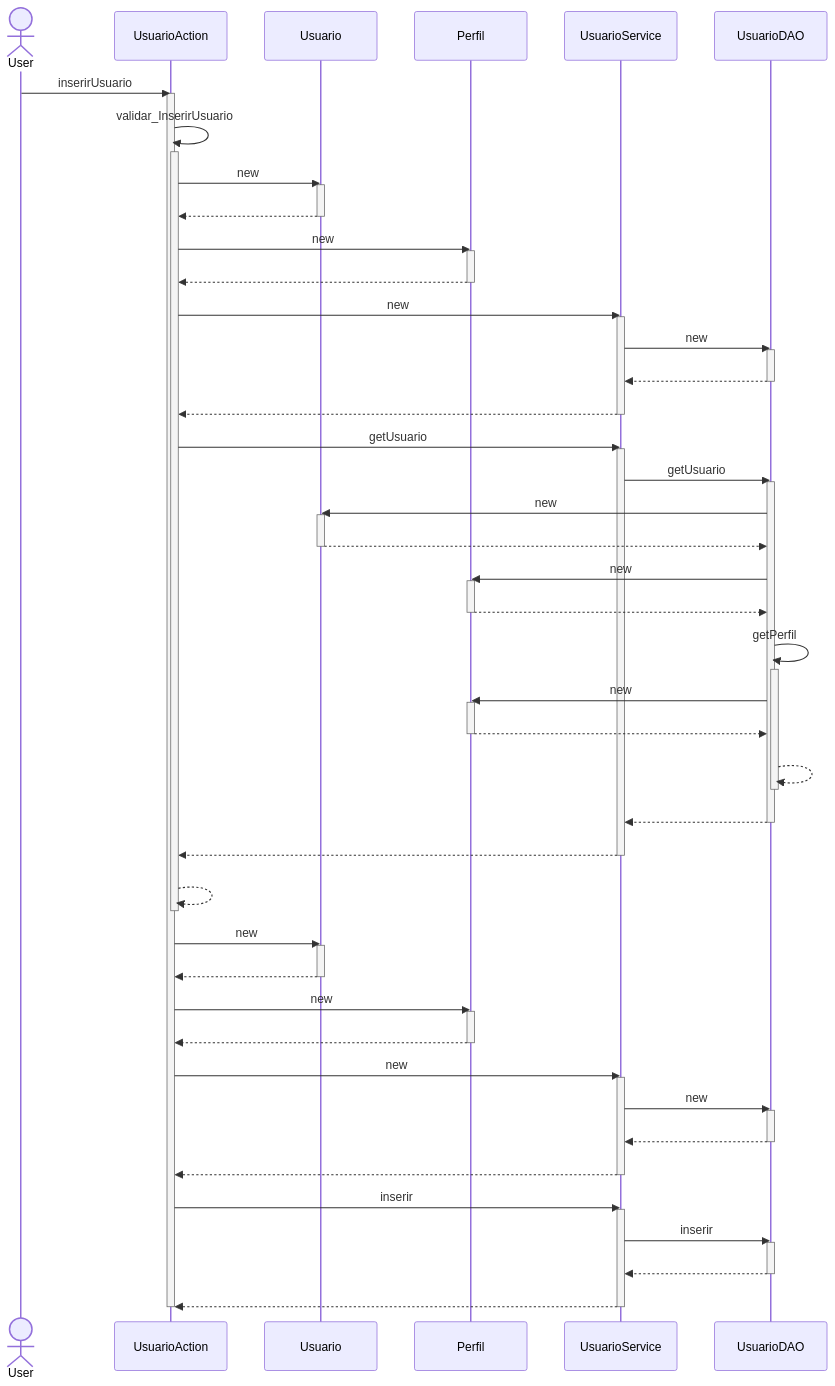
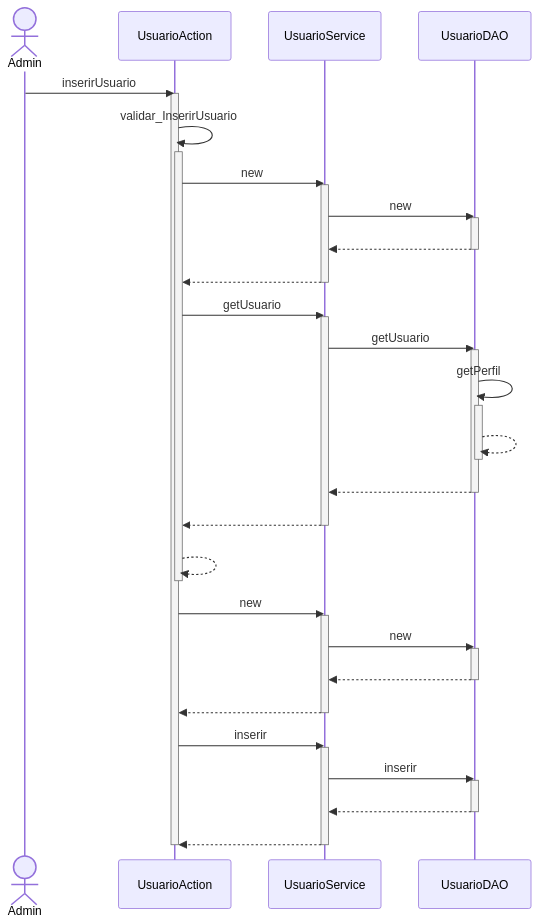
The diagram in DiagramaSequencia/Novo Diagrama Sequencia/Usuario/Inserir Usuario.mmd (branqsMRP/SequenceDiagram), drawn with Mermaid before and after one commit. The commit also changed 3 other files, not shown here.

```diff
--- a/DiagramaSequencia/Novo Diagrama Sequencia/Usuario/Inserir Usuario.mmd
+++ b/DiagramaSequencia/Novo Diagrama Sequencia/Usuario/Inserir Usuario.mmd
@@ -1,73 +1,45 @@
 sequenceDiagram
-actor User
-User ->> UsuarioAction : inserirUsuario
+actor A as Admin
+A ->> UsuarioAction : inserirUsuario
 activate UsuarioAction
 UsuarioAction ->> UsuarioAction : validar_InserirUsuario
 activate UsuarioAction
-UsuarioAction ->> Usuario : new
-activate Usuario
-Usuario -->> UsuarioAction : #32; 
-deactivate Usuario
-UsuarioAction ->> Perfil : new
-activate Perfil
-Perfil -->> UsuarioAction : #32; 
-deactivate Perfil
 UsuarioAction ->> UsuarioService : new
 activate UsuarioService
 UsuarioService ->> UsuarioDAO : new
 activate UsuarioDAO
 UsuarioDAO -->> UsuarioService : #32; 
 deactivate UsuarioDAO
 UsuarioService -->> UsuarioAction : #32; 
 deactivate UsuarioService
 UsuarioAction ->> UsuarioService : getUsuario
 activate UsuarioService
 UsuarioService ->> UsuarioDAO : getUsuario
 activate UsuarioDAO
-UsuarioDAO ->> Usuario : new
-activate Usuario
-Usuario -->> UsuarioDAO : #32; 
-deactivate Usuario
-UsuarioDAO ->> Perfil : new
-activate Perfil
-Perfil -->> UsuarioDAO : #32; 
-deactivate Perfil
 UsuarioDAO ->> UsuarioDAO : getPerfil
 activate UsuarioDAO
-UsuarioDAO ->> Perfil : new
-activate Perfil
-Perfil -->> UsuarioDAO : #32; 
-deactivate Perfil
 UsuarioDAO -->> UsuarioDAO : #32; 
 deactivate UsuarioDAO
 UsuarioDAO -->> UsuarioService : #32; 
 deactivate UsuarioDAO
 UsuarioService -->> UsuarioAction : #32; 
 deactivate UsuarioService
 UsuarioAction -->> UsuarioAction : #32; 
 deactivate UsuarioAction
-UsuarioAction ->> Usuario : new
-activate Usuario
-Usuario -->> UsuarioAction : #32; 
-deactivate Usuario
-UsuarioAction ->> Perfil : new
-activate Perfil
-Perfil -->> UsuarioAction : #32; 
-deactivate Perfil
 UsuarioAction ->> UsuarioService : new
 activate UsuarioService
 UsuarioService ->> UsuarioDAO : new
 activate UsuarioDAO
 UsuarioDAO -->> UsuarioService : #32; 
 deactivate UsuarioDAO
 UsuarioService -->> UsuarioAction : #32; 
 deactivate UsuarioService
 UsuarioAction ->> UsuarioService : inserir
 activate UsuarioService
 UsuarioService ->> UsuarioDAO : inserir
 activate UsuarioDAO
 UsuarioDAO -->> UsuarioService : #32; 
 deactivate UsuarioDAO
 UsuarioService -->> UsuarioAction : #32; 
 deactivate UsuarioService
 deactivate UsuarioAction
```
